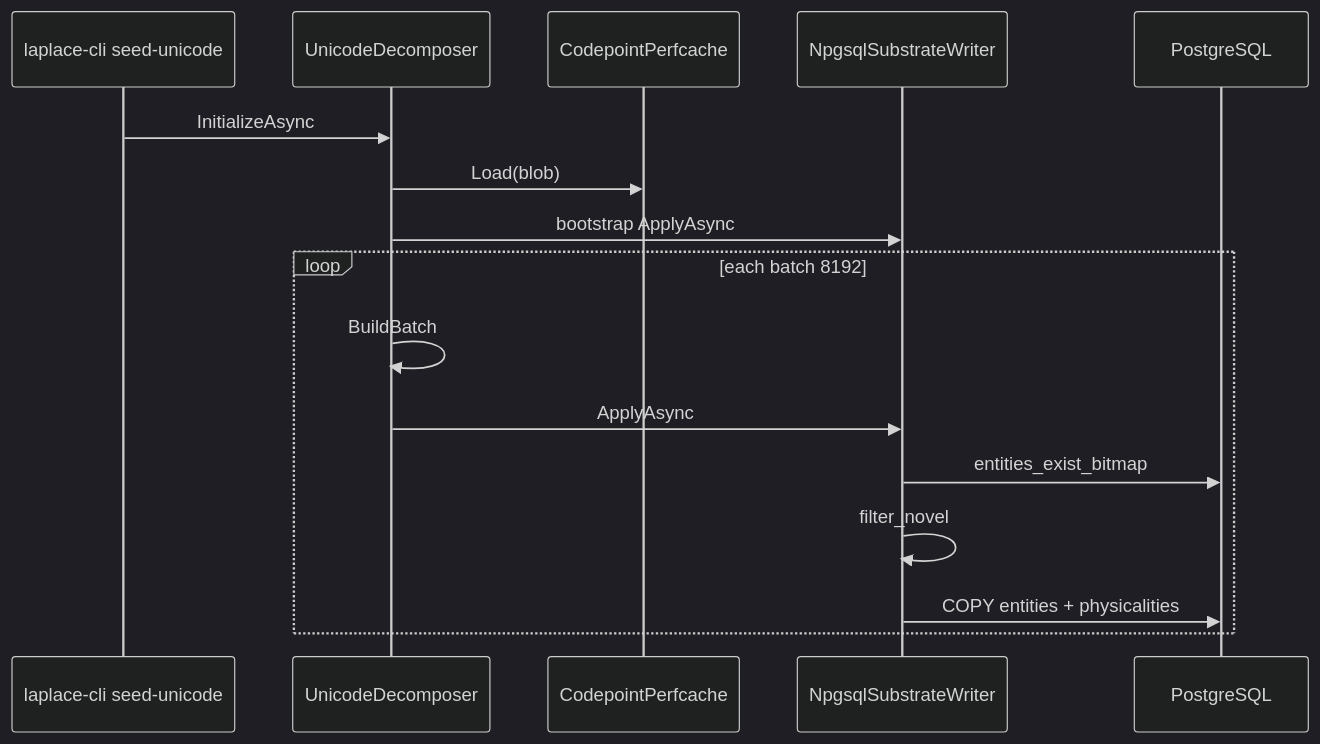
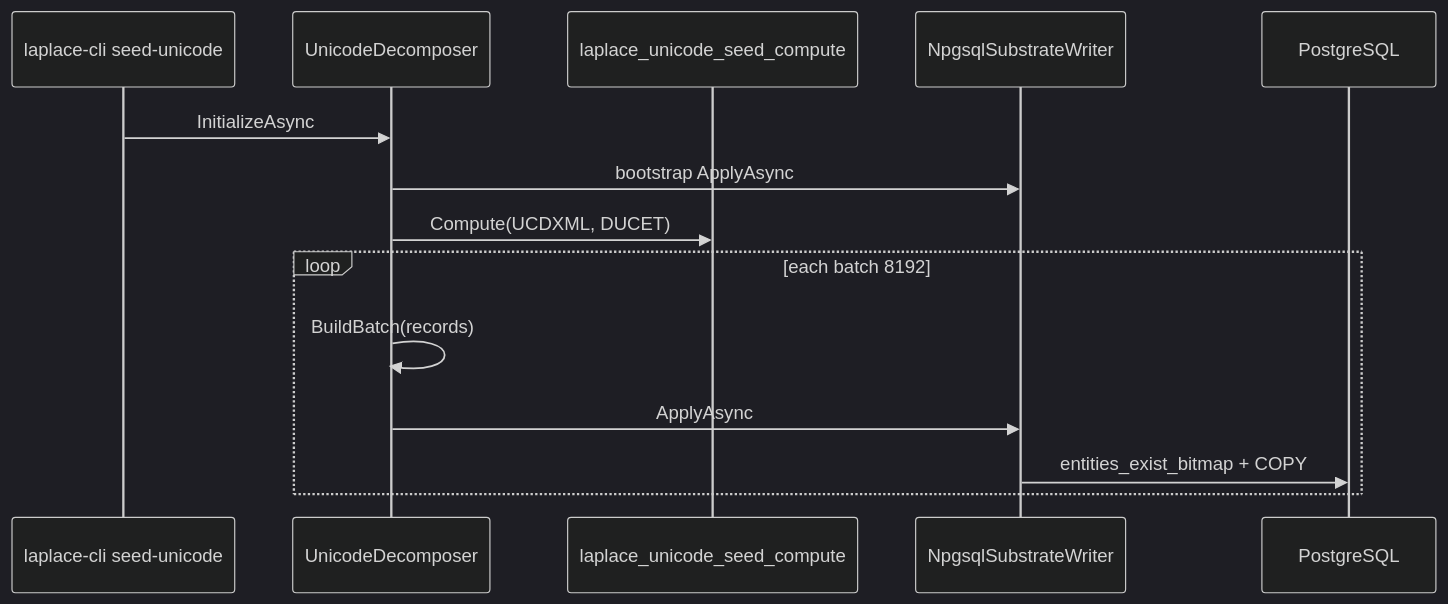
Before and after one commit to SaltyPatron/Laplace: the eighth of 10 diagrams in FLOWS.md, drawn with Mermaid (dark theme). The commit also changed other lines of this file and 19 other files, not shown here.

````diff
--- a/FLOWS.md
+++ b/FLOWS.md
@@ -420,18 +419,16 @@
 ```mermaid
 sequenceDiagram
   participant CLI as laplace-cli seed-unicode
   participant UD as UnicodeDecomposer
-  participant PC as CodepointPerfcache
+  participant UCD as laplace_unicode_seed_compute
   participant W as NpgsqlSubstrateWriter
   participant PG as PostgreSQL
   CLI->>UD: InitializeAsync
-  UD->>PC: Load(blob)
   UD->>W: bootstrap ApplyAsync
+  UD->>UCD: Compute(UCDXML, DUCET)
   loop each batch 8192
-    UD->>UD: BuildBatch
+    UD->>UD: BuildBatch(records)
     UD->>W: ApplyAsync
-    W->>PG: entities_exist_bitmap
-    W->>W: filter_novel
-    W->>PG: COPY entities + physicalities
+    W->>PG: entities_exist_bitmap + COPY
   end
 ```
````
